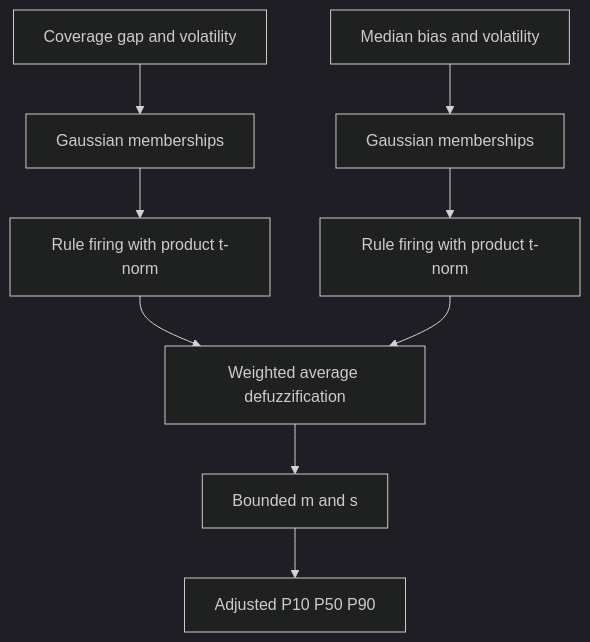
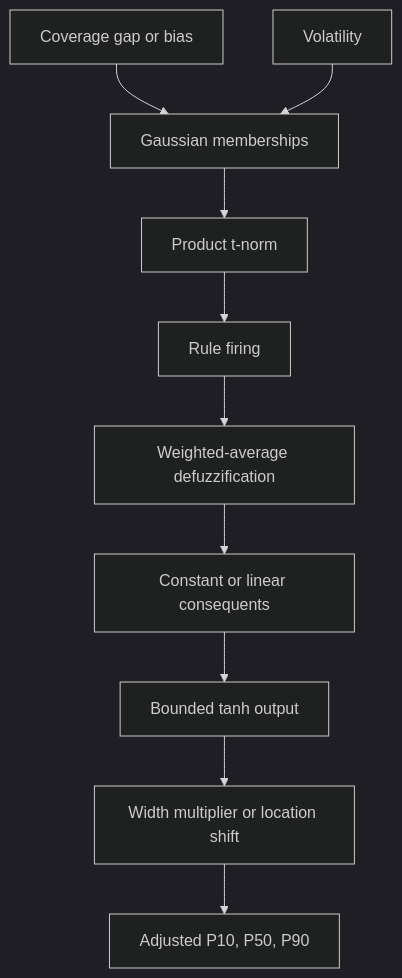
One commit to sriilex/SC-Project changed the third of 3 diagrams in docs/paper.md. Above: the diagram before and after it, drawn with Mermaid (dark theme). The commit also changed other lines of this file and 46 other files, not shown here.

````diff
--- a/docs/paper.md
+++ b/docs/paper.md
@@ -83,11 +198,12 @@
 ```mermaid
 flowchart TD
-  A["Coverage gap and volatility"] --> B["Gaussian memberships"]
-  C["Median bias and volatility"] --> D["Gaussian memberships"]
-  B --> E["Rule firing with product t-norm"]
-  D --> F["Rule firing with product t-norm"]
-  E --> G["Weighted average defuzzification"]
-  F --> G
-  G --> H["Bounded m and s"]
-  H --> I["Adjusted P10 P50 P90"]
+  A["Coverage gap or bias"] --> B["Gaussian memberships"]
+  C["Volatility"] --> B
+  B --> D["Product t-norm"]
+  D --> E["Rule firing"]
+  E --> F["Weighted-average defuzzification"]
+  F --> G["Constant or linear consequents"]
+  G --> H["Bounded tanh output"]
+  H --> I["Width multiplier or location shift"]
+  I --> J["Adjusted P10, P50, P90"]
 ```
````
